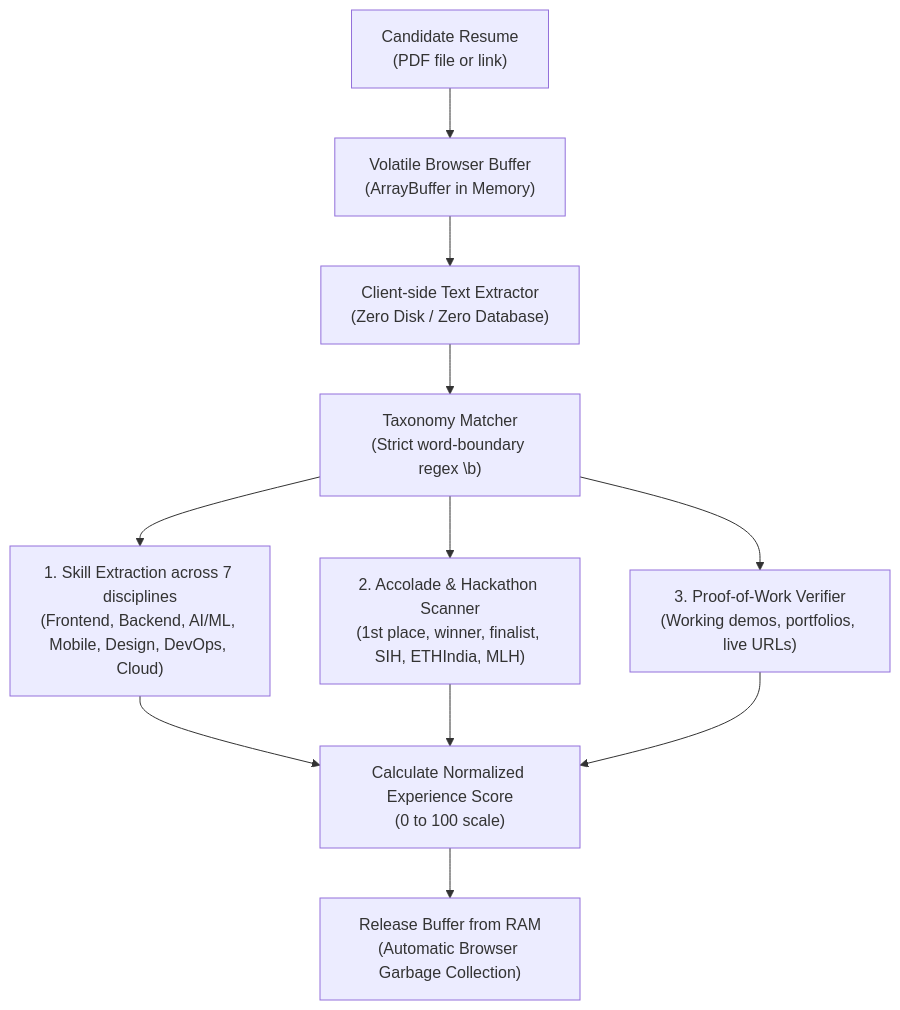
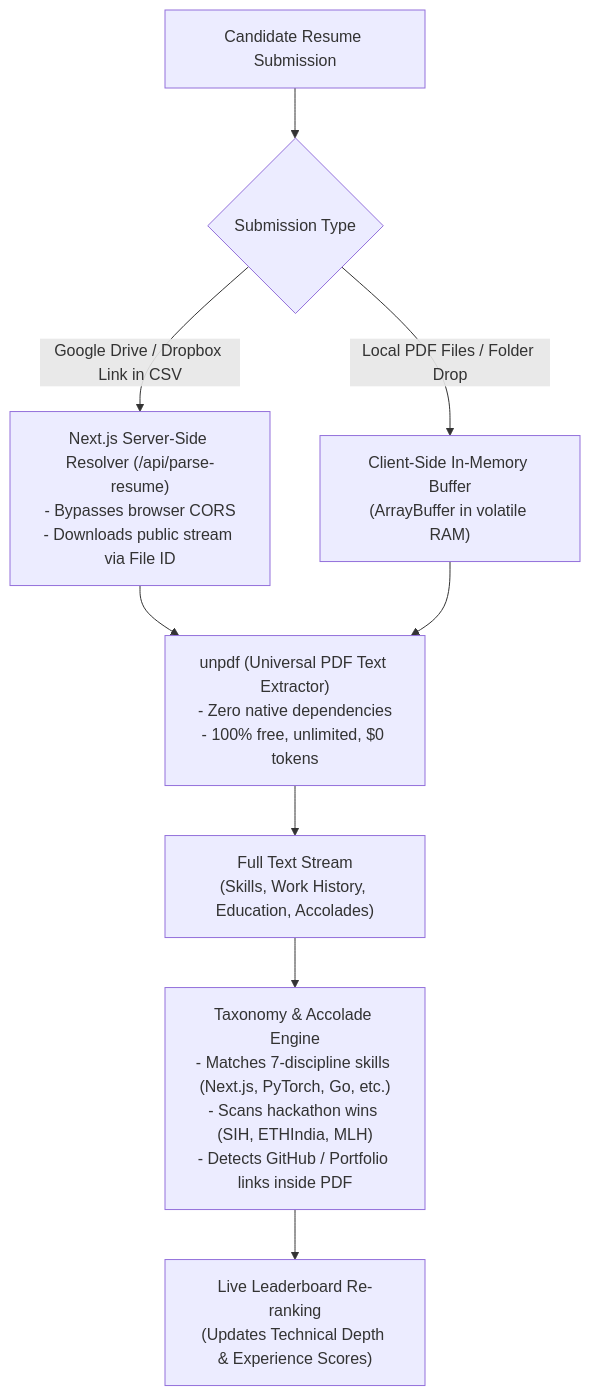
One commit to divyansh2102t-dev/Incursion_Team changed the second of 3 diagrams in README.md. Above: the diagram before and after it, drawn with Mermaid. The commit also changed other lines of this file and 8 other files, not shown here.

````diff
--- a/README.md
+++ b/README.md
@@ -51,11 +51,10 @@
 ```mermaid
 flowchart TD
-    A["Candidate Resume\n(PDF file or link)"] --> B["Volatile Browser Buffer\n(ArrayBuffer in Memory)"]
-    B --> C["Client-side Text Extractor\n(Zero Disk / Zero Database)"]
-    C --> D["Taxonomy Matcher\n(Strict word-boundary regex \b)"]
-    D --> E["1. Skill Extraction across 7 disciplines\n(Frontend, Backend, AI/ML, Mobile, Design, DevOps, Cloud)"]
-    D --> F["2. Accolade & Hackathon Scanner\n(1st place, winner, finalist, SIH, ETHIndia, MLH)"]
-    D --> G["3. Proof-of-Work Verifier\n(Working demos, portfolios, live URLs)"]
-    E & F & G --> H["Calculate Normalized Experience Score\n(0 to 100 scale)"]
-    H --> I["Release Buffer from RAM\n(Automatic Browser Garbage Collection)"]
+    A["Candidate Resume Submission"] --> B{"Submission Type"}
+    B -- "Google Drive / Dropbox Link in CSV" --> C["Next.js Server-Side Resolver (/api/parse-resume)\n- Bypasses browser CORS\n- Downloads public stream via File ID"]
+    B -- "Local PDF Files / Folder Drop" --> D["Client-Side In-Memory Buffer\n(ArrayBuffer in volatile RAM)"]
+    C & D --> E["unpdf (Universal PDF Text Extractor)\n- Zero native dependencies\n- 100% free, unlimited, $0 tokens"]
+    E --> F["Full Text Stream\n(Skills, Work History, Education, Accolades)"]
+    F --> G["Taxonomy & Accolade Engine\n- Matches 7-discipline skills (Next.js, PyTorch, Go, etc.)\n- Scans hackathon wins (SIH, ETHIndia, MLH)\n- Detects GitHub / Portfolio links inside PDF"]
+    G --> H["Live Leaderboard Re-ranking\n(Updates Technical Depth & Experience Scores)"]
 ```
````
